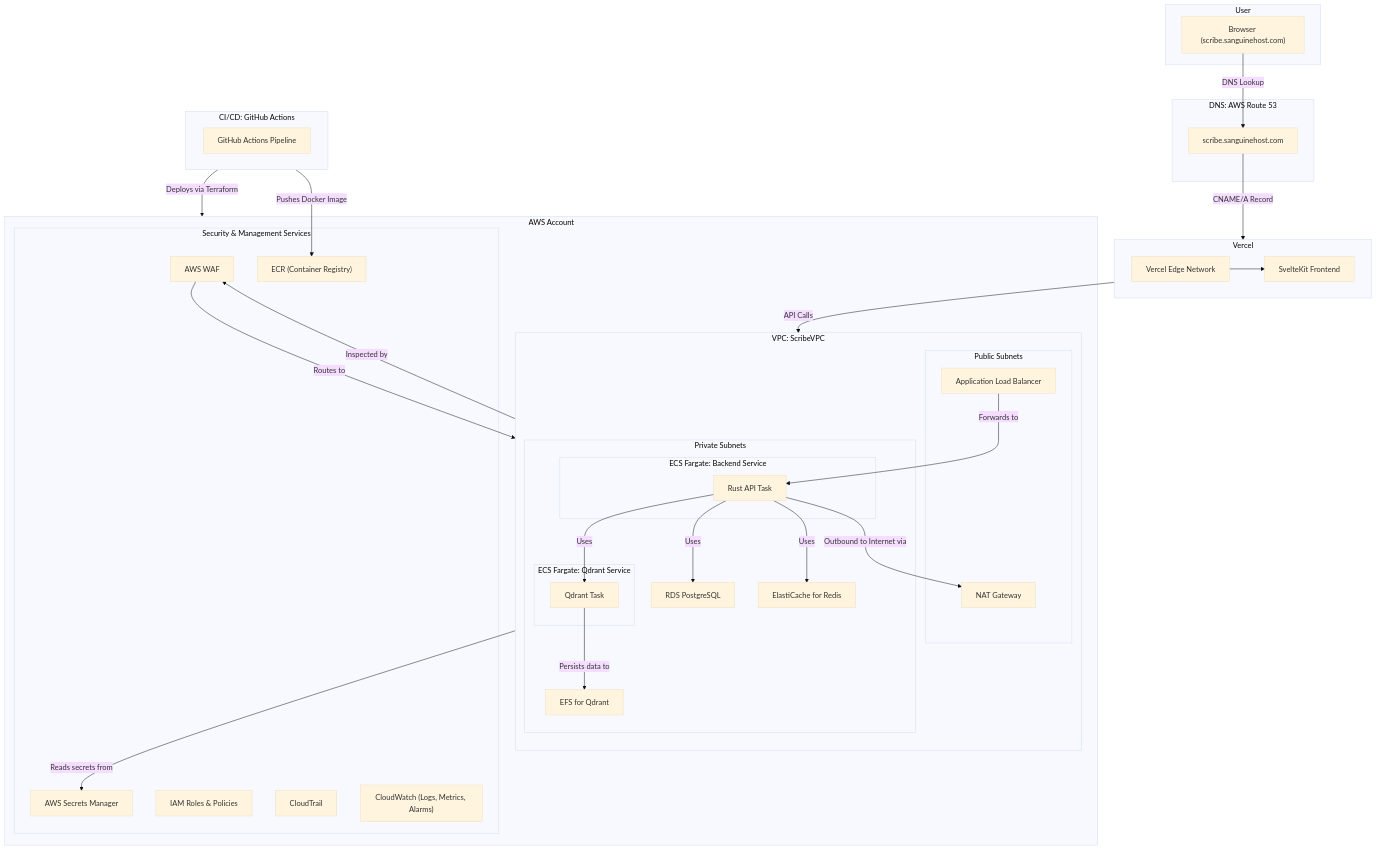
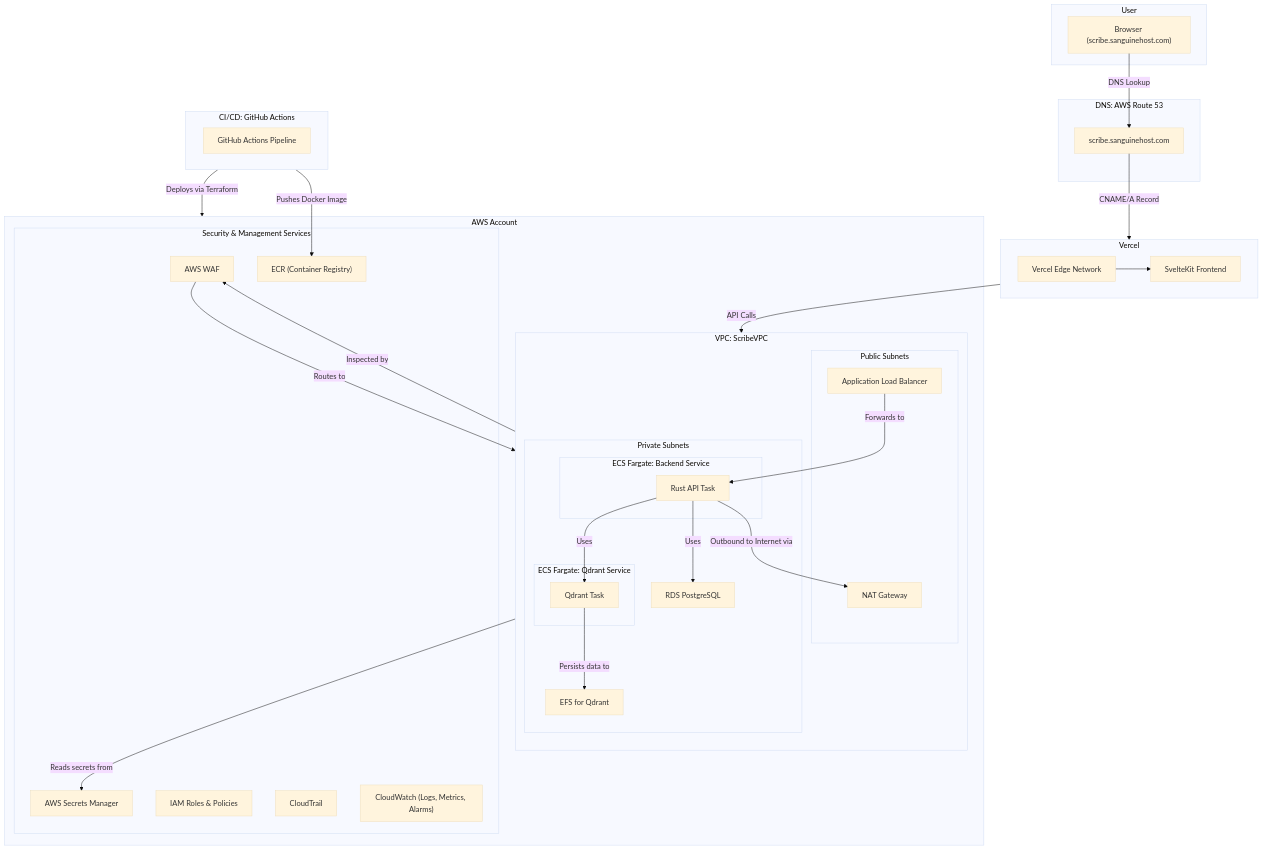
One commit to sanguinehost/scribe changed the diagram in docs/CLOUD_ARCHITECTURE.md. Above: the diagram before and after it, drawn with Mermaid (base theme). The commit also changed 156 other files, not shown here.

````diff
--- a/docs/CLOUD_ARCHITECTURE.md
+++ b/docs/CLOUD_ARCHITECTURE.md
@@ -28,73 +28,71 @@
 ```mermaid
 graph TD
     subgraph User
         Client["Browser (scribe.sanguinehost.com)"]
     end
 
     subgraph DNS [DNS: AWS Route 53]
         R53["scribe.sanguinehost.com"]
     end
 
     subgraph Vercel
         direction LR
         Vercel_CDN["Vercel Edge Network"]
         Vercel_App["SvelteKit Frontend"]
         Vercel_CDN --> Vercel_App
     end
 
     subgraph AWS_Cloud [AWS Account]
         subgraph VPC [VPC: ScribeVPC]
             direction TB
             subgraph PublicSubnets [Public Subnets]
                 ALB["Application Load Balancer"]
                 NAT_GW["NAT Gateway"]
             end
 
             subgraph PrivateSubnets [Private Subnets]
                 subgraph Fargate_Backend [ECS Fargate: Backend Service]
                     Fargate_Task_BE["Rust API Task"]
                 end
                 subgraph Fargate_Qdrant [ECS Fargate: Qdrant Service]
                     Fargate_Task_Q["Qdrant Task"]
                 end
                 RDS_Postgres["RDS PostgreSQL"]
-                ElastiCache_Redis["ElastiCache for Redis"]
                 EFS_Qdrant["EFS for Qdrant"]
             end
         end
 
         subgraph Security_Management [Security & Management Services]
             WAF["AWS WAF"]
             SecretsManager["AWS Secrets Manager"]
             IAM["IAM Roles & Policies"]
             CloudTrail["CloudTrail"]
             CloudWatch["CloudWatch (Logs, Metrics, Alarms)"]
             ECR["ECR (Container Registry)"]
         end
     end
 
     subgraph CI_CD [CI/CD: GitHub Actions]
         direction LR
         GH_Actions["GitHub Actions Pipeline"]
     end
 
     %% Connections
     Client -- DNS Lookup --> R53
     R53 -- CNAME/A Record --> Vercel_CDN
     Vercel_App -- API Calls --> ALB
 
     ALB -- Inspected by --> WAF
     WAF -- Routes to --> ALB
     ALB -- Forwards to --> Fargate_Task_BE
 
     Fargate_Task_BE -- Uses --> RDS_Postgres
     Fargate_Task_BE -- Uses --> Fargate_Task_Q
-    Fargate_Task_BE -- Uses --> ElastiCache_Redis
     Fargate_Task_BE -- Reads secrets from --> SecretsManager
     Fargate_Task_BE -- Outbound to Internet via --> NAT_GW
 
     Fargate_Task_Q -- Persists data to --> EFS_Qdrant
 
     GH_Actions -- Pushes Docker Image --> ECR
     GH_Actions -- Deploys via Terraform --> AWS_Cloud
 ```
````
